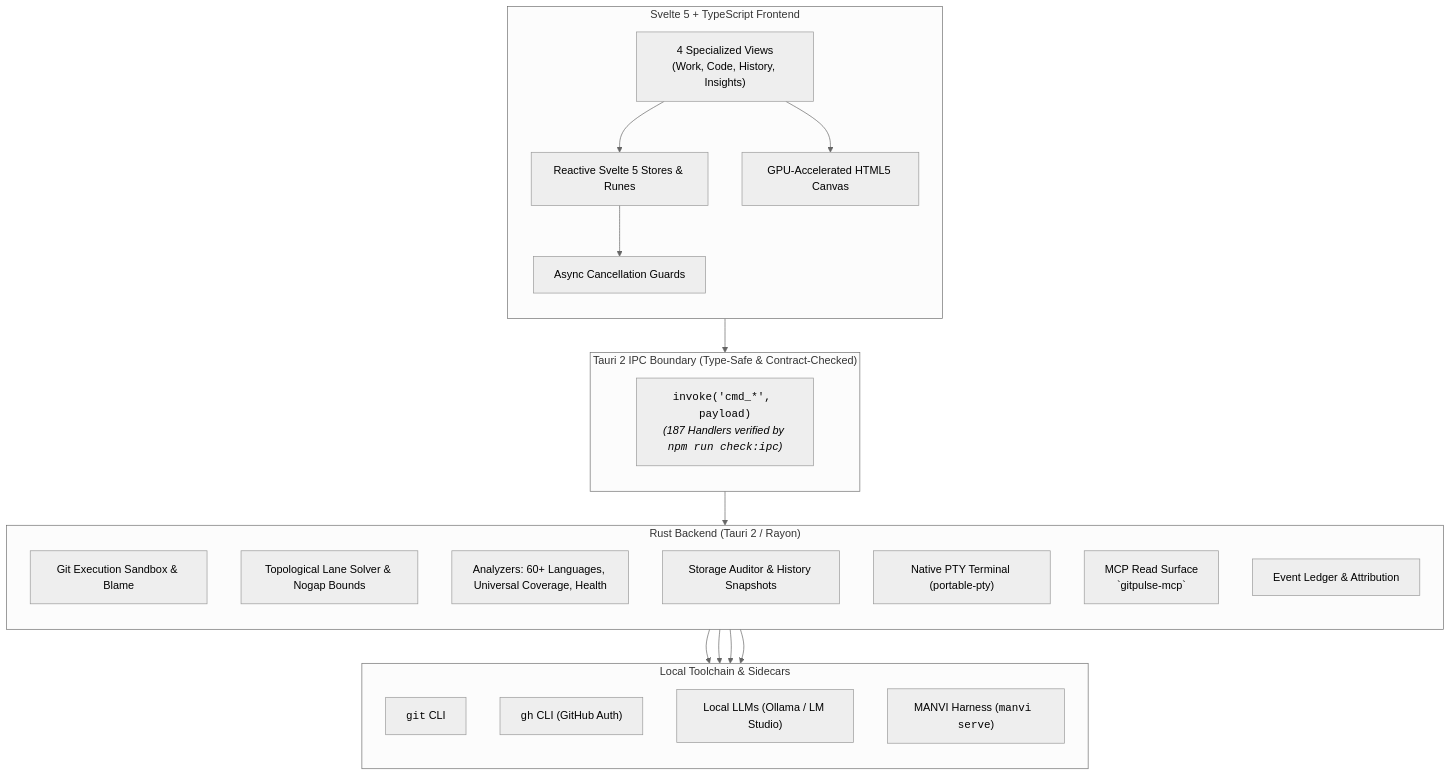
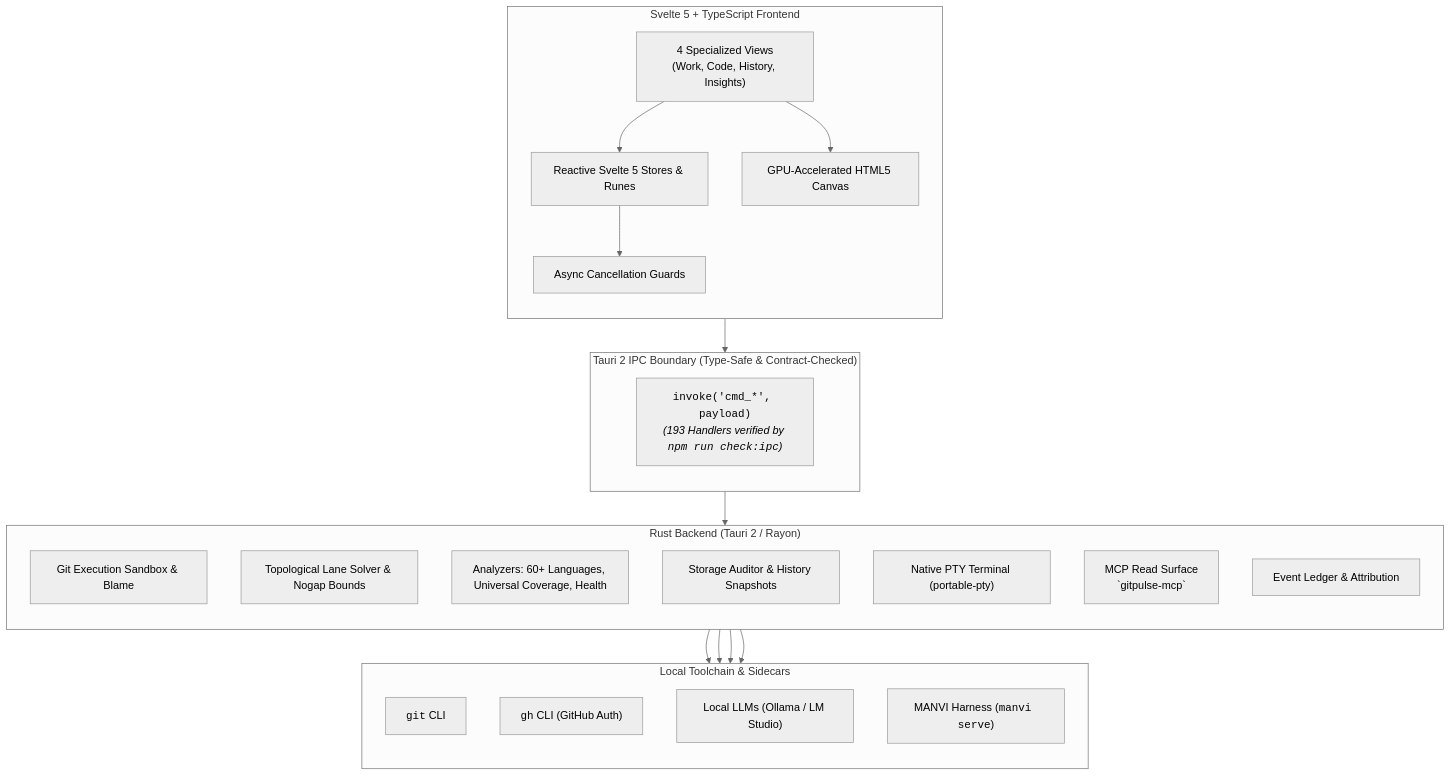
One commit to bharathvbcr/GitPulse changed the first of 4 diagrams in README.md. Above: the diagram before and after it, drawn with Mermaid (neutral theme). The commit also changed other lines of this file and 66 other files, not shown here.

````diff
--- a/README.md
+++ b/README.md
@@ -43,45 +43,45 @@
 ```mermaid
 flowchart TB
     subgraph Frontend["Svelte 5 + TypeScript Frontend"]
         direction TB
         Views["4 Specialized Views<br/>(Work, Code, History, Insights)"]
         Stores["Reactive Svelte 5 Stores & Runes"]
         CanvasEngine["GPU-Accelerated HTML5 Canvas"]
         AsyncGuards["Async Cancellation Guards"]
         
         Views --> Stores
         Views --> CanvasEngine
         Stores --> AsyncGuards
     end
 
     subgraph IPC["Tauri 2 IPC Boundary (Type-Safe & Contract-Checked)"]
         direction TB
-        IPCBridge["<code>invoke('cmd_*', payload)</code><br/><i>(187 Handlers verified by <code>npm run check:ipc</code>)</i>"]
+        IPCBridge["<code>invoke('cmd_*', payload)</code><br/><i>(193 Handlers verified by <code>npm run check:ipc</code>)</i>"]
     end
 
     subgraph Backend["Rust Backend (Tauri 2 / Rayon)"]
         direction TB
         GitSandbox["Git Execution Sandbox & Blame"]
         GraphSolver["Topological Lane Solver & Nogap Bounds"]
         Analyzers["Analyzers: 60+ Languages, Universal Coverage, Health"]
         StorageEngine["Storage Auditor & History Snapshots"]
         TerminalPTY["Native PTY Terminal (portable-pty)"]
         MCPServer["MCP Read Surface<br/>`gitpulse-mcp`"]
         Ledger["Event Ledger & Attribution"]
     end
 
     subgraph LocalTools["Local Toolchain & Sidecars"]
         direction TB
         GitCLI["<code>git</code> CLI"]
         GhCLI["<code>gh</code> CLI (GitHub Auth)"]
         LocalAI["Local LLMs (Ollama / LM Studio)"]
         ManviSidecar["MANVI Harness (<code>manvi serve</code>)"]
     end
 
     AsyncGuards --> IPCBridge
     IPCBridge --> Backend
     GitSandbox --> GitCLI
     Analyzers --> GhCLI
     Analyzers --> LocalAI
     Backend --> ManviSidecar
 ```
````
